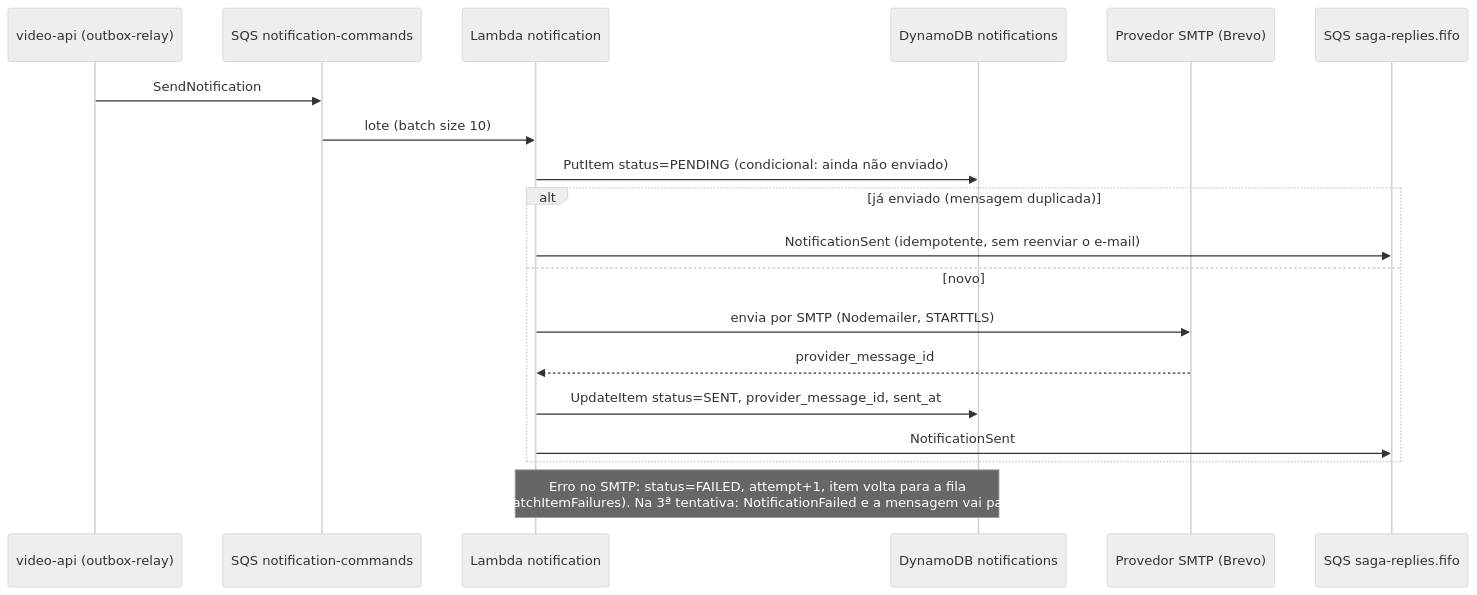
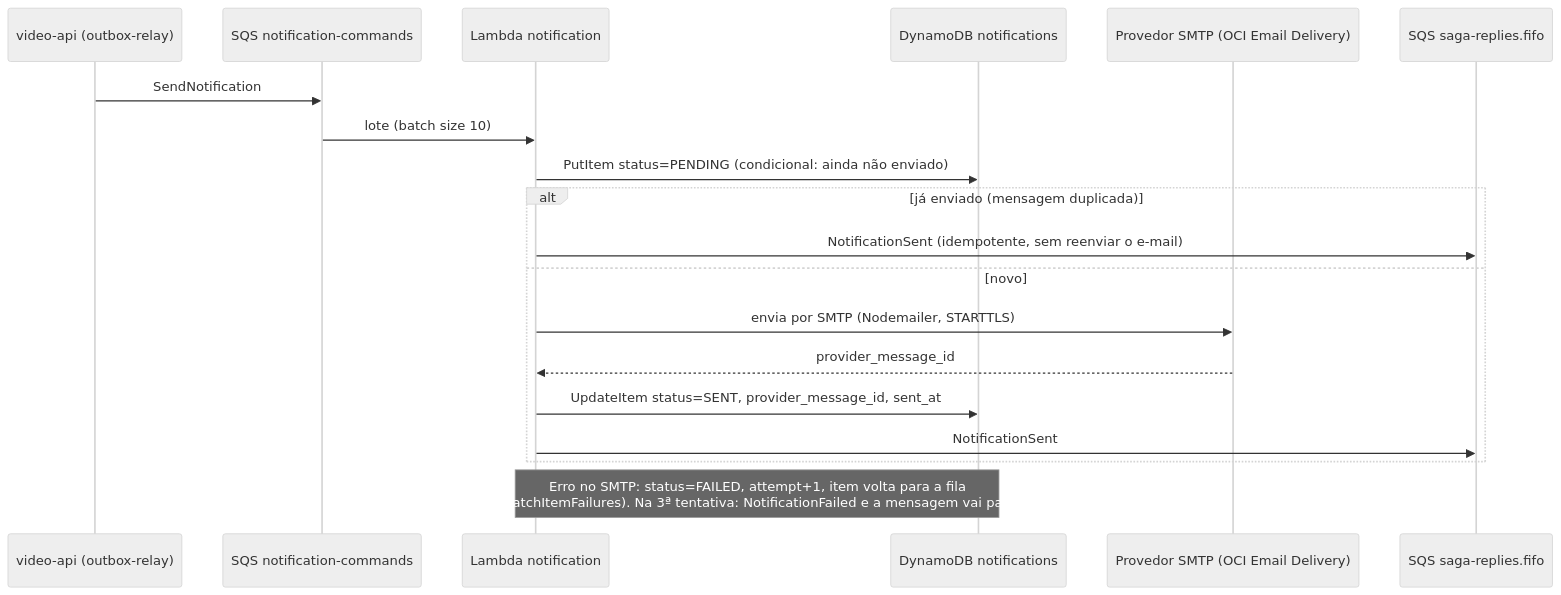
Before and after one commit to hackathon-fiap-soat/fiapx-docs: the fourth of 5 diagrams in 00-especificacao/Projeto-hackton.md, drawn with Mermaid (neutral theme). The commit also changed other lines of this file and 29 other files, not shown here.

First line of the commit message:
docs(adr): ADR-020, e-mail pelo OCI Email Delivery no lugar do Brevo (#24)

````diff
--- a/00-especificacao/Projeto-hackton.md
+++ b/00-especificacao/Projeto-hackton.md
@@ -696,21 +697,21 @@
 ```mermaid
 sequenceDiagram
   participant V as video-api (outbox-relay)
   participant Q as SQS notification-commands
   participant L as Lambda notification
   participant D as DynamoDB notifications
-  participant S as Provedor SMTP (Brevo)
+  participant S as Provedor SMTP (OCI Email Delivery)
   participant R as SQS saga-replies.fifo
   V->>Q: SendNotification
   Q->>L: lote (batch size 10)
   L->>D: PutItem status=PENDING (condicional: ainda não enviado)
   alt já enviado (mensagem duplicada)
     L->>R: NotificationSent (idempotente, sem reenviar o e-mail)
   else novo
     L->>S: envia por SMTP (Nodemailer, STARTTLS)
     S-->>L: provider_message_id
     L->>D: UpdateItem status=SENT, provider_message_id, sent_at
     L->>R: NotificationSent
   end
   Note over L,D: Erro no SMTP: status=FAILED, attempt+1, item volta para a fila<br/>(ReportBatchItemFailures). Na 3ª tentativa: NotificationFailed e a mensagem vai para a DLQ
 ```
````
